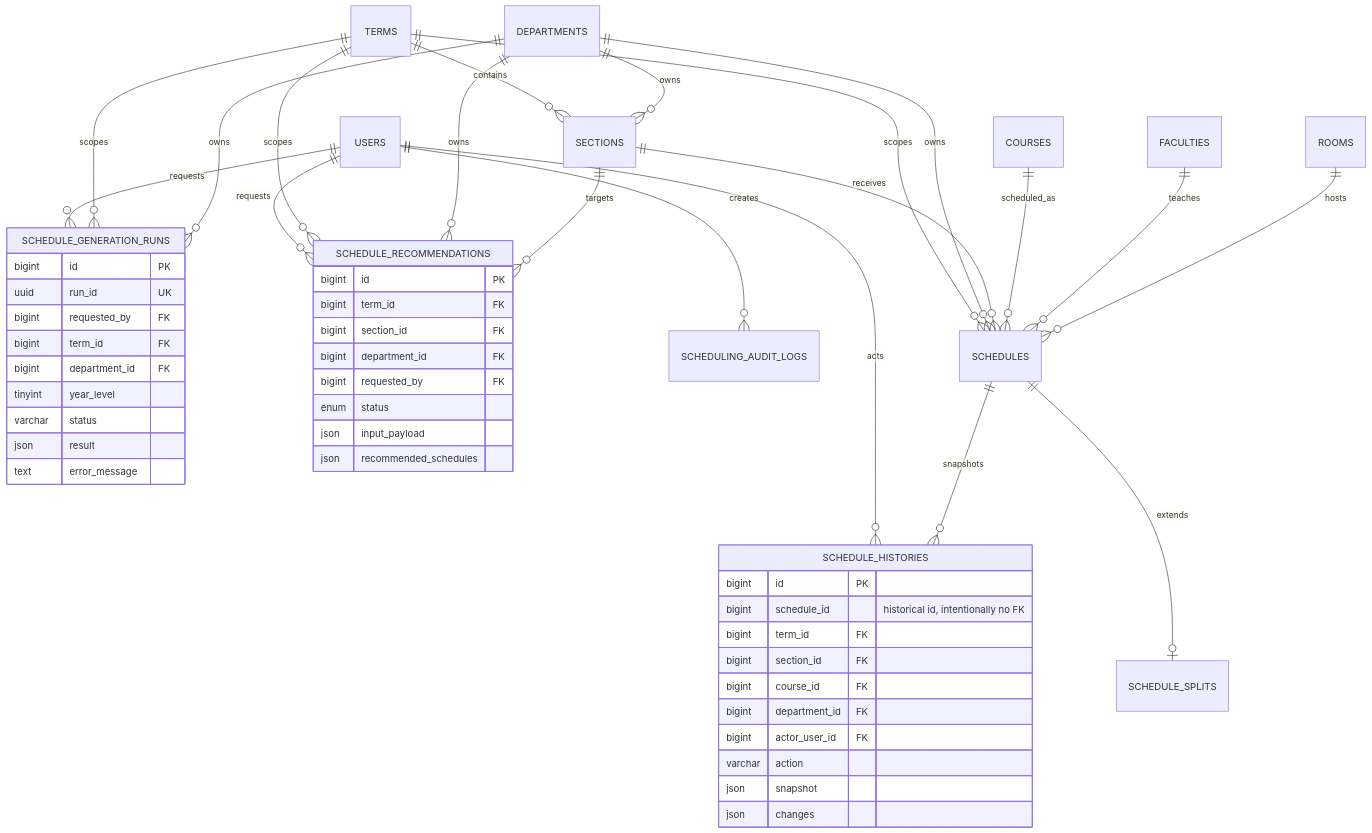
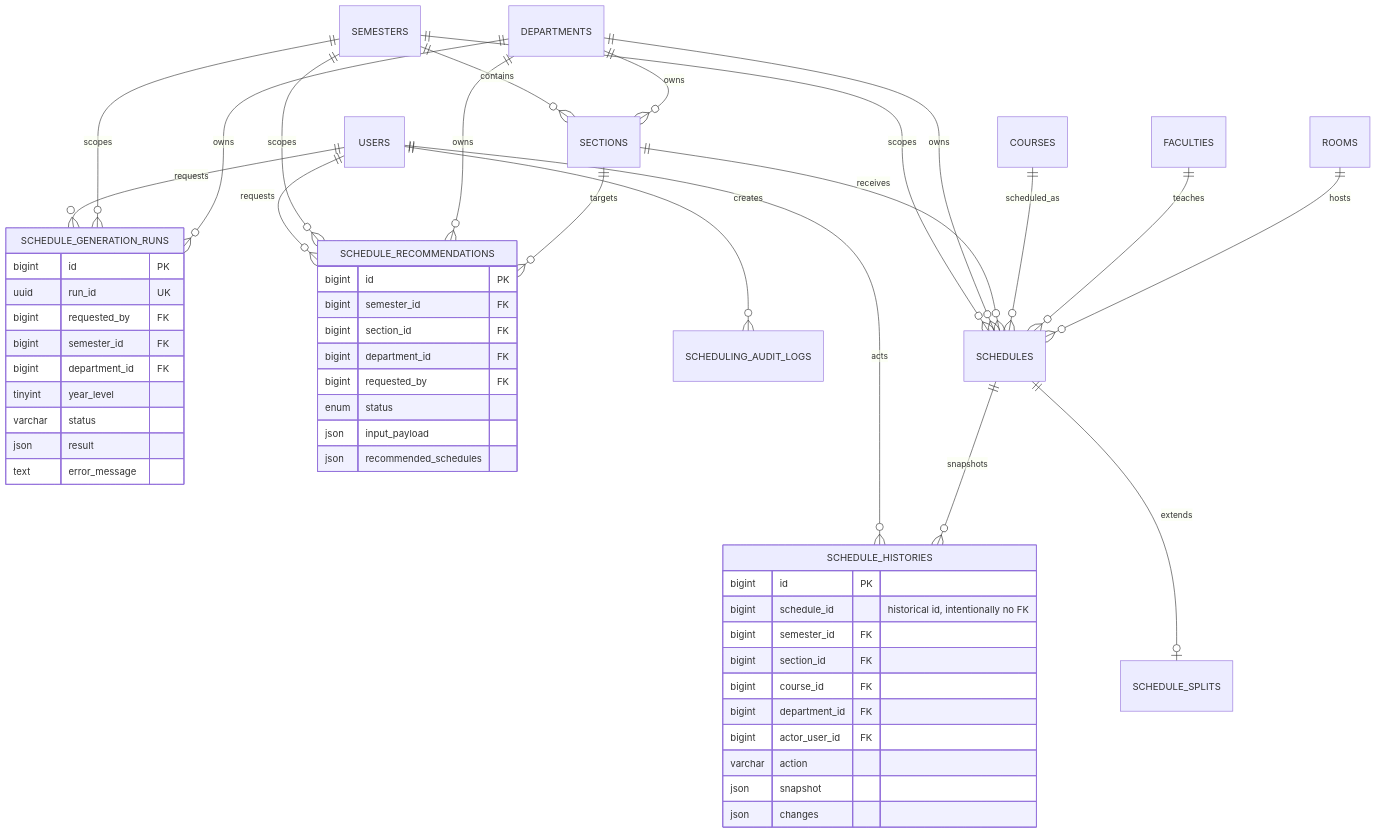
The first of 2 diagrams in docs/database_fix_erd.md (rtdabz/Web-Based-Intelligent-Conflict-Detection-and-Recommendation-System-for-Academic-Scheduling), drawn with Mermaid before and after one commit. The commit also changed other lines of this file and 223 other files, not shown here.

First line of the commit message:
refactor: rename the academic Term entity to Semester

````diff
--- a/docs/database_fix_erd.md
+++ b/docs/database_fix_erd.md
@@ -16,62 +16,62 @@
 ```mermaid
 erDiagram
     USERS ||--o{ SCHEDULE_GENERATION_RUNS : requests
     USERS ||--o{ SCHEDULE_RECOMMENDATIONS : requests
     USERS ||--o{ SCHEDULE_HISTORIES : acts
     USERS ||--o{ SCHEDULING_AUDIT_LOGS : creates
 
-    TERMS ||--o{ SECTIONS : contains
-    TERMS ||--o{ SCHEDULES : scopes
-    TERMS ||--o{ SCHEDULE_RECOMMENDATIONS : scopes
-    TERMS ||--o{ SCHEDULE_GENERATION_RUNS : scopes
+    SEMESTERS ||--o{ SECTIONS : contains
+    SEMESTERS ||--o{ SCHEDULES : scopes
+    SEMESTERS ||--o{ SCHEDULE_RECOMMENDATIONS : scopes
+    SEMESTERS ||--o{ SCHEDULE_GENERATION_RUNS : scopes
 
     DEPARTMENTS ||--o{ SECTIONS : owns
     DEPARTMENTS ||--o{ SCHEDULES : owns
     DEPARTMENTS ||--o{ SCHEDULE_RECOMMENDATIONS : owns
     DEPARTMENTS ||--o{ SCHEDULE_GENERATION_RUNS : owns
 
     SECTIONS ||--o{ SCHEDULES : receives
     SECTIONS ||--o{ SCHEDULE_RECOMMENDATIONS : targets
     COURSES ||--o{ SCHEDULES : scheduled_as
     FACULTIES ||--o{ SCHEDULES : teaches
     ROOMS ||--o{ SCHEDULES : hosts
 
     SCHEDULES ||--o| SCHEDULE_SPLITS : extends
     SCHEDULES ||--o{ SCHEDULE_HISTORIES : snapshots
 
     SCHEDULE_GENERATION_RUNS {
         bigint id PK
         uuid run_id UK
         bigint requested_by FK
-        bigint term_id FK
+        bigint semester_id FK
         bigint department_id FK
         tinyint year_level
         varchar status
         json result
         text error_message
     }
 
     SCHEDULE_RECOMMENDATIONS {
         bigint id PK
-        bigint term_id FK
+        bigint semester_id FK
         bigint section_id FK
         bigint department_id FK
         bigint requested_by FK
         enum status
         json input_payload
         json recommended_schedules
     }
 
     SCHEDULE_HISTORIES {
         bigint id PK
         bigint schedule_id "historical id, intentionally no FK"
-        bigint term_id FK
+        bigint semester_id FK
         bigint section_id FK
         bigint course_id FK
         bigint department_id FK
         bigint actor_user_id FK
         varchar action
         json snapshot
         json changes
     }
 ```
````
